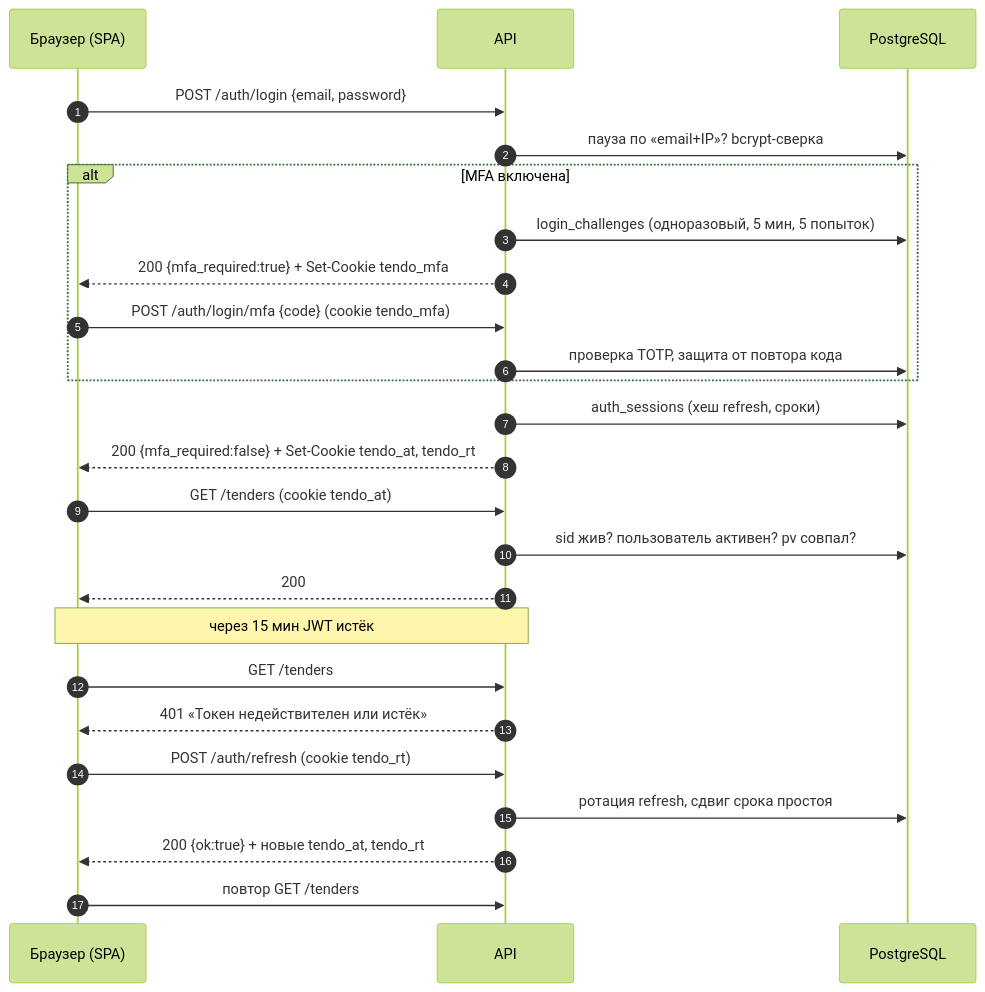
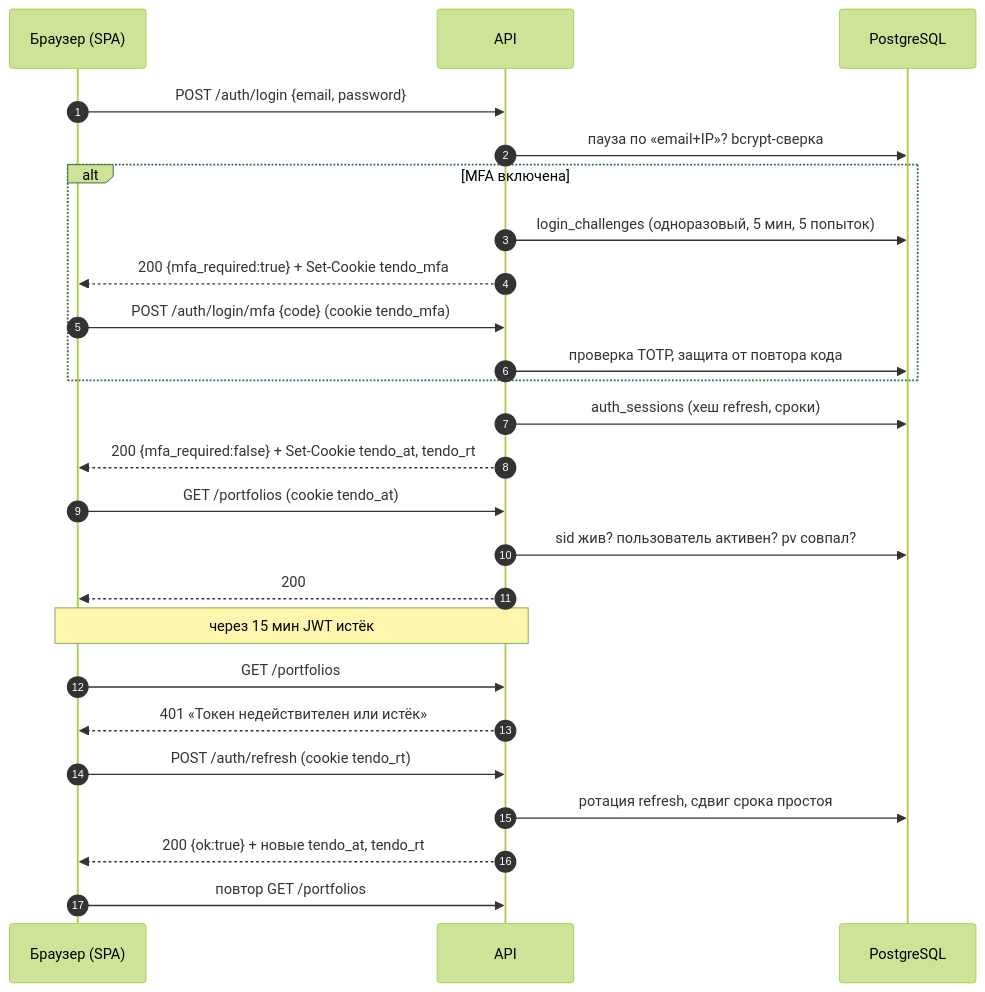
The diagram in 04-api/overview.md (tendo-corp/tendo-tz), drawn with Mermaid (forest theme) before and after one commit. The commit also changed other lines of this file and 78 other files, not shown here.

````diff
--- a/04-api/overview.md
+++ b/04-api/overview.md
@@ -66,27 +66,27 @@
 ```mermaid
 sequenceDiagram
     autonumber
     participant B as Браузер (SPA)
     participant API as API
     participant DB as PostgreSQL
     B->>API: POST /auth/login {email, password}
     API->>DB: пауза по «email+IP»? bcrypt-сверка
     alt MFA включена
         API->>DB: login_challenges (одноразовый, 5 мин, 5 попыток)
         API-->>B: 200 {mfa_required:true} + Set-Cookie tendo_mfa
         B->>API: POST /auth/login/mfa {code} (cookie tendo_mfa)
         API->>DB: проверка TOTP, защита от повтора кода
     end
     API->>DB: auth_sessions (хеш refresh, сроки)
     API-->>B: 200 {mfa_required:false} + Set-Cookie tendo_at, tendo_rt
-    B->>API: GET /tenders (cookie tendo_at)
+    B->>API: GET /portfolios (cookie tendo_at)
     API->>DB: sid жив? пользователь активен? pv совпал?
     API-->>B: 200
     Note over B,API: через 15 мин JWT истёк
-    B->>API: GET /tenders
+    B->>API: GET /portfolios
     API-->>B: 401 «Токен недействителен или истёк»
     B->>API: POST /auth/refresh (cookie tendo_rt)
     API->>DB: ротация refresh, сдвиг срока простоя
     API-->>B: 200 {ok:true} + новые tendo_at, tendo_rt
-    B->>API: повтор GET /tenders
+    B->>API: повтор GET /portfolios
 ```
````
